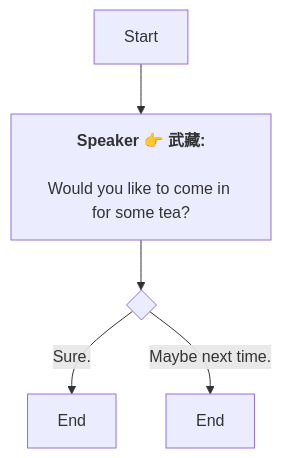
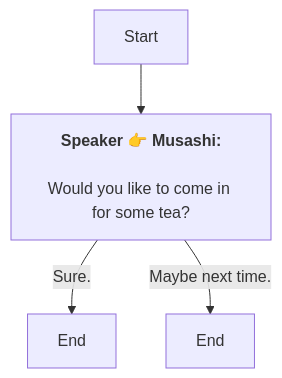
One commit to SoftHu/tos_avg changed the diagram in Zh/QuestTalkObjectiveNode_1772948139587879.md. Above: the diagram before and after it, drawn with Mermaid. The commit also changed 737 other files, not shown here.

````diff
--- a/Zh/QuestTalkObjectiveNode_1772948139587879.md
+++ b/Zh/QuestTalkObjectiveNode_1772948139587879.md
@@ -1,12 +1,9 @@
 ```mermaid
 graph
-Start -->1772948159849771[<b>Speaker 👉 武藏:</b>
+Start -->1772948159849771[<b>Speaker 👉 Musashi:</b>
+\nWould you like to come in for some tea? 
+]
+1772948159849771 -->|Sure.|1772948159850799[End]
+1772948159849771 -->|Maybe next time. |1772948159850800[End]
 
-Would you like to come in for some tea? 
-
-]
-1772948159849771 -->1772948159850798{ }
-1772948159850798 -->|Sure.|1772948159850799[End]
-1772948159850798 -->|Maybe next time. |1772948159850800[End]
-
- ```
+```
````
